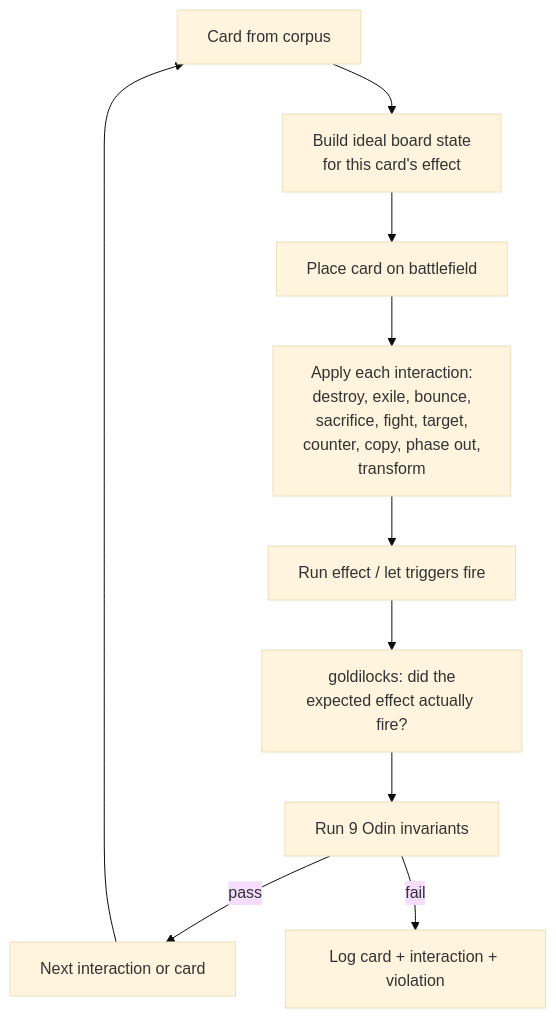
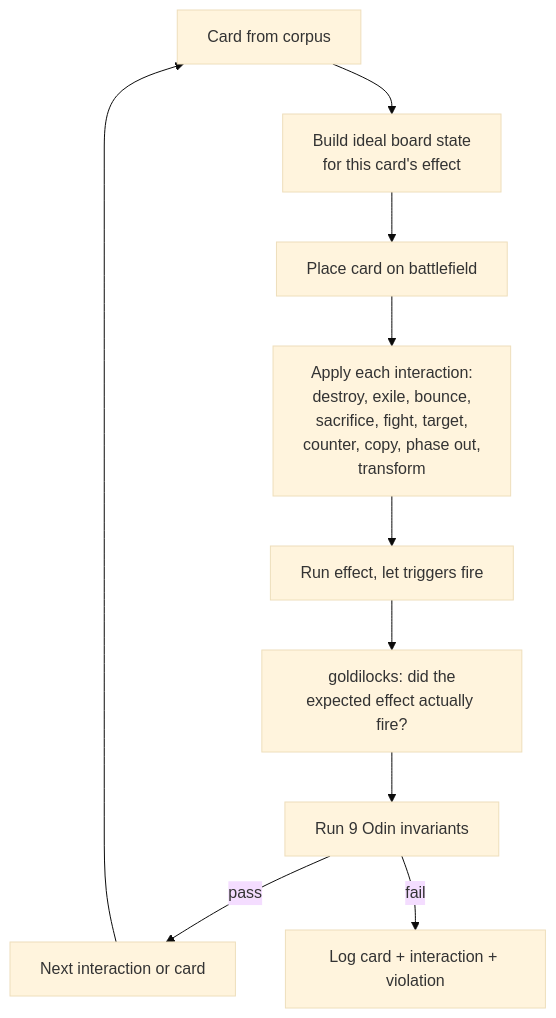
One commit to HexDek/HexDek changed the diagram in docs/Tool - Thor.md. Above: the diagram before and after it, drawn with Mermaid (base theme). The commit also changed other lines of this file and 18 other files, not shown here.

````diff
--- a/docs/Tool - Thor.md
+++ b/docs/Tool - Thor.md
@@ -11,12 +16,12 @@
 ```mermaid
 flowchart TD
     Card[Card from corpus] --> Ideal[Build ideal board state<br/>for this card's effect]
     Ideal --> Place[Place card on battlefield]
     Place --> Inter[Apply each interaction:<br/>destroy, exile, bounce,<br/>sacrifice, fight, target,<br/>counter, copy, phase out,<br/>transform]
-    Inter --> Run[Run effect / let triggers fire]
+    Inter --> Run[Run effect, let triggers fire]
     Run --> Verify[goldilocks: did the<br/>expected effect actually fire?]
     Verify --> Inv[Run 9 Odin invariants]
     Inv -- pass --> Next[Next interaction or card]
     Inv -- fail --> Log[Log card + interaction + violation]
     Next --> Card
 ```
````
